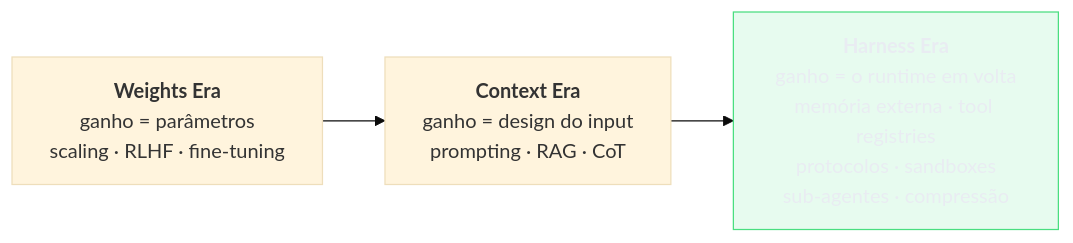
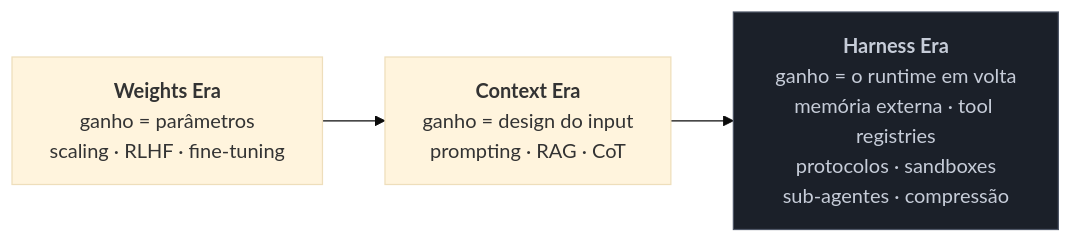
The first of 4 diagrams in 03-Dominios/Tecnologia/IA/Anatomia de Agents/11 - Harness engineering — a terceira camada.md (josenaldo/codex-technomanticus), drawn with Mermaid (base theme) before and after one commit. The commit also changed other lines of this file and 601 other files, not shown here.

````diff
--- a/03-Dominios/Tecnologia/IA/Anatomia de Agents/11 - Harness engineering — a terceira camada.md
+++ b/03-Dominios/Tecnologia/IA/Anatomia de Agents/11 - Harness engineering — a terceira camada.md
@@ -47,7 +47,7 @@
 ```mermaid
 graph LR
-    classDef ok fill:#4ADE8021,stroke:#4ADE80,color:#E9ECF2
+    classDef neutro fill:#1B2029,stroke:#4E5666,color:#C6CCD8
     A["<b>Weights Era</b><br/>ganho = parâmetros<br/>scaling · RLHF · fine-tuning"] --> B["<b>Context Era</b><br/>ganho = design do input<br/>prompting · RAG · CoT"]
     B --> C["<b>Harness Era</b><br/>ganho = o runtime em volta<br/>memória externa · tool registries<br/>protocolos · sandboxes<br/>sub-agentes · compressão"]
-    class C ok
+    class C neutro
 ```
````
